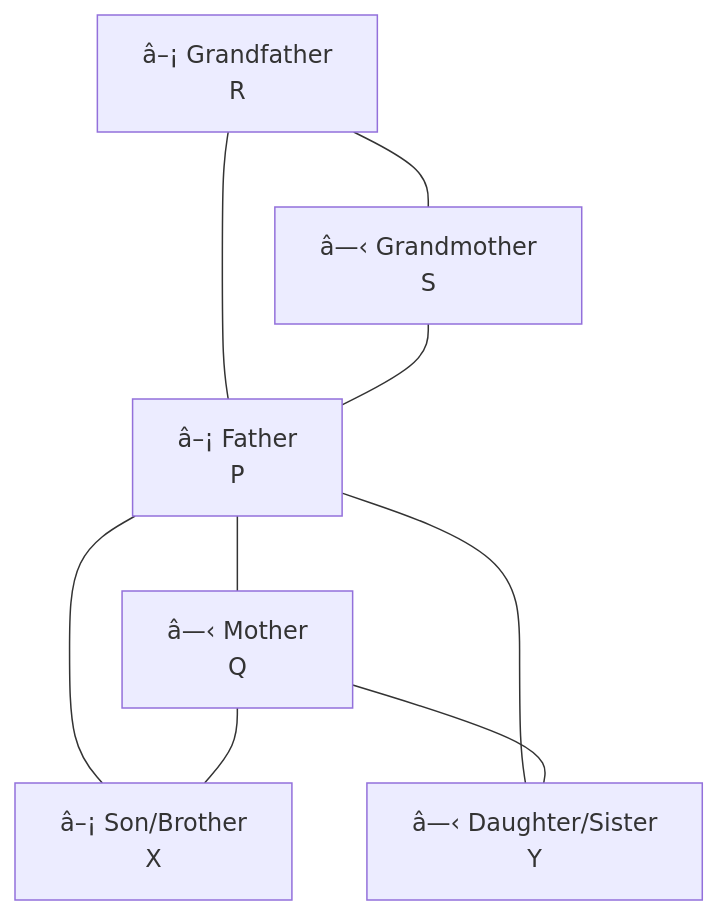
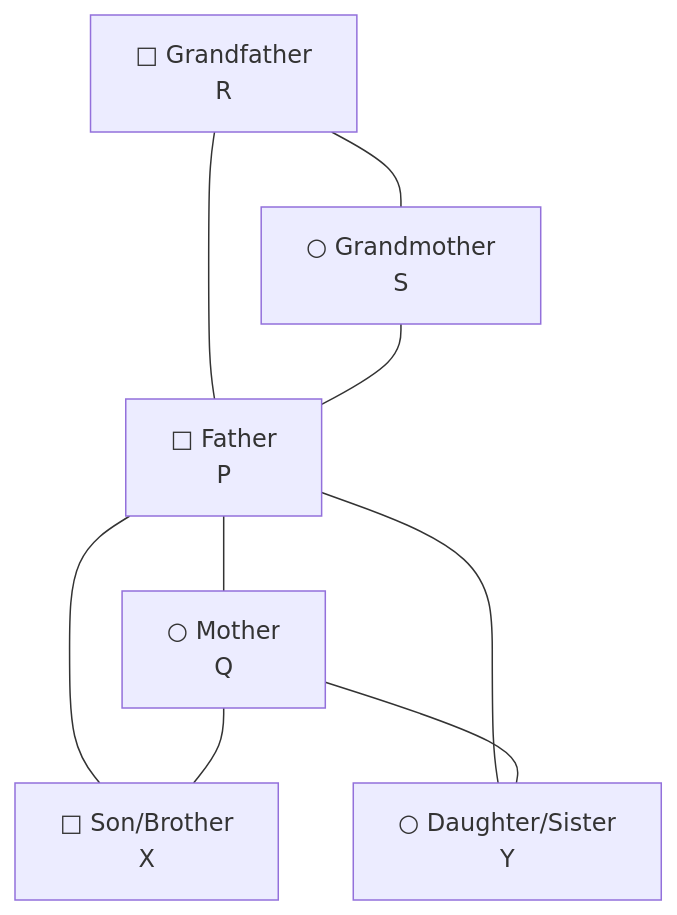
One commit to Raushan666java/ai-engineering-journey changed the first of 3 diagrams in docs/courses/reasoning-ability/05-blood-relations-direction-sense.md. Above: the diagram before and after it, drawn with Mermaid. The commit also changed other lines of this file and 965 other files, not shown here.

````diff
--- a/docs/courses/reasoning-ability/05-blood-relations-direction-sense.md
+++ b/docs/courses/reasoning-ability/05-blood-relations-direction-sense.md
@@ -97,20 +97,20 @@
 ```mermaid
 flowchart TD
-    A["â–¡ Grandfather<br/>R"] --- B["â—‹ Grandmother<br/>S"]
+    A["□ Grandfather<br/>R"] --- B["○ Grandmother<br/>S"]
     A --- C
     B --- C
-    C["â–¡ Father<br/>P"] --- D["â—‹ Mother<br/>Q"]
+    C["□ Father<br/>P"] --- D["○ Mother<br/>Q"]
     C --- E
     C --- F
     D --- E
     D --- F
-    E["â–¡ Son/Brother<br/>X"]
-    F["â—‹ Daughter/Sister<br/>Y"]
+    E["□ Son/Brother<br/>X"]
+    F["○ Daughter/Sister<br/>Y"]
     
     style A fill:#lightblue
     style B fill:#lightpink
     style C fill:#lightblue
     style D fill:#lightpink
     style E fill:#lightblue
     style F fill:#lightpink
 ```
````
